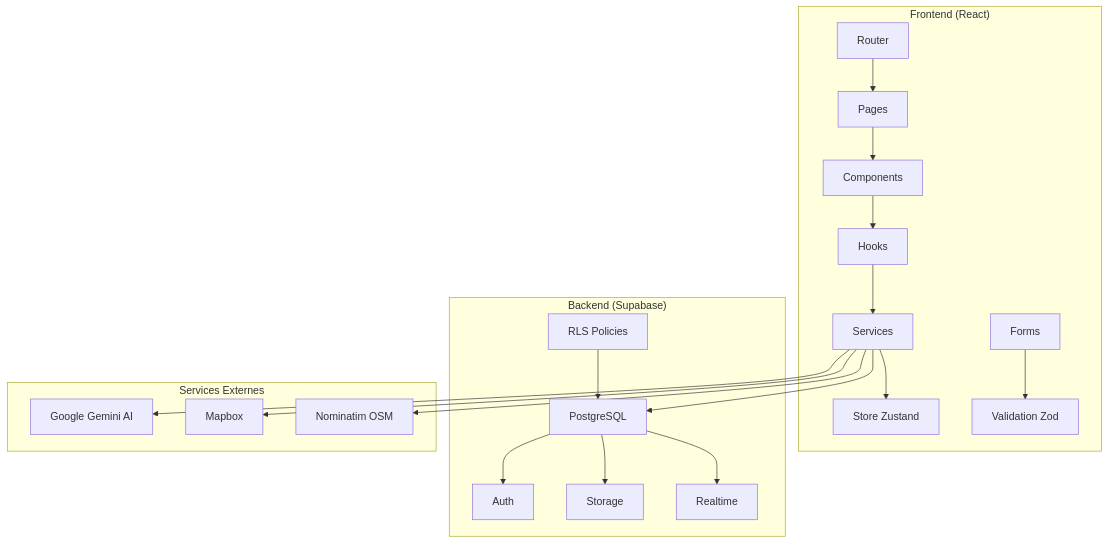
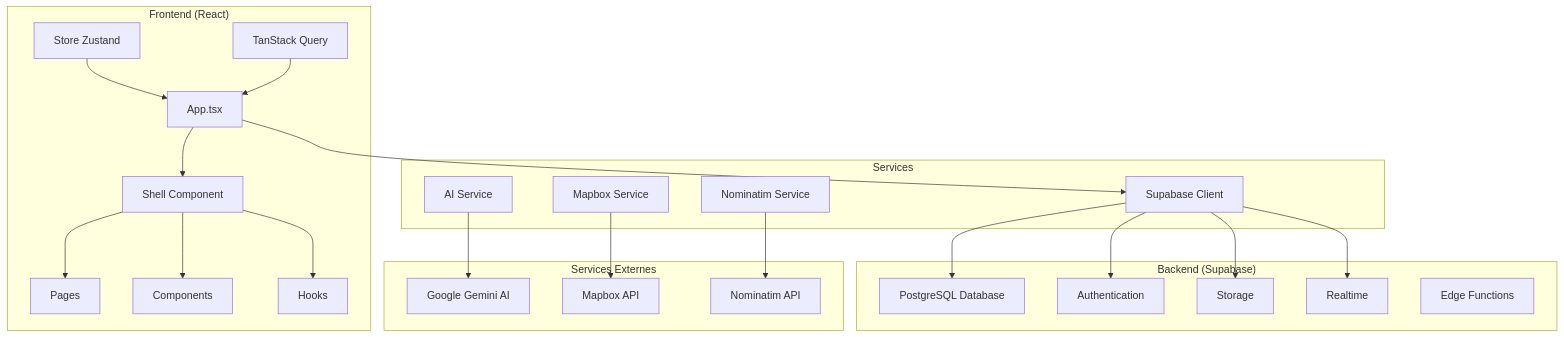
One commit to moonback/Echangeo-officiel changed the first of 4 diagrams in docs/ARCHITECTURE.md. Above: the diagram before and after it, drawn with Mermaid. The commit also changed other lines of this file and 5 other files, not shown here.

````diff
--- a/docs/ARCHITECTURE.md
+++ b/docs/ARCHITECTURE.md
@@ -9,29 +9,41 @@
 ```mermaid
 graph TB
     subgraph "Frontend (React)"
-        A[Pages] --> B[Components]
-        B --> C[Hooks]
-        C --> D[Services]
-        D --> E[Store Zustand]
-        F[Router] --> A
-        G[Forms] --> H[Validation Zod]
+        A[App.tsx] --> B[Shell Component]
+        B --> C[Pages]
+        B --> D[Components]
+        B --> E[Hooks]
+        F[Store Zustand] --> A
+        G[TanStack Query] --> A
+    end
+    
+    subgraph "Services"
+        H[Supabase Client]
+        I[AI Service]
+        J[Mapbox Service]
+        K[Nominatim Service]
     end
     
     subgraph "Backend (Supabase)"
-        I[PostgreSQL] --> J[Auth]
-        I --> K[Storage]
-        I --> L[Realtime]
-        M[RLS Policies] --> I
+        L[PostgreSQL Database]
+        M[Authentication]
+        N[Storage]
+        O[Realtime]
+        P[Edge Functions]
     end
     
     subgraph "Services Externes"
-        N[Google Gemini AI]
-        O[Mapbox]
-        P[Nominatim OSM]
+        Q[Google Gemini AI]
+        R[Mapbox API]
+        S[Nominatim API]
     end
     
-    D --> I
-    D --> N
-    D --> O
-    D --> P
+    A --> H
+    H --> L
+    H --> M
+    H --> N
+    H --> O
+    I --> Q
+    J --> R
+    K --> S
 ```
````
